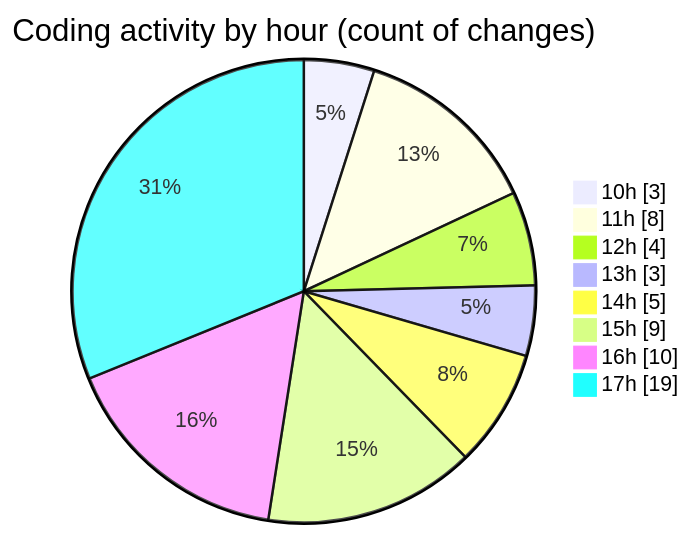
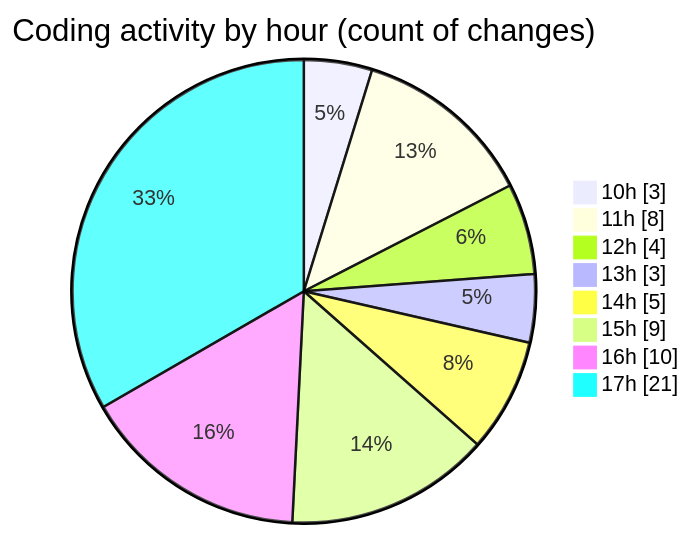
Before and after one commit to nxtqubesakshisongat/code-tracking: the second of 2 diagrams in 2025-11-07/nxtqube_webapp/README.md, drawn with Mermaid. The commit also changed other lines of this file and 1 other file, not shown here.

````diff
--- a/2025-11-07/nxtqube_webapp/README.md
+++ b/2025-11-07/nxtqube_webapp/README.md
@@ -36,12 +36,12 @@
 ```mermaid
 pie showData
 title Coding activity by hour (count of changes)
 "10h" : 3
 "11h" : 8
 "12h" : 4
 "13h" : 3
 "14h" : 5
 "15h" : 9
 "16h" : 10
-"17h" : 19
+"17h" : 21
 ```
````
